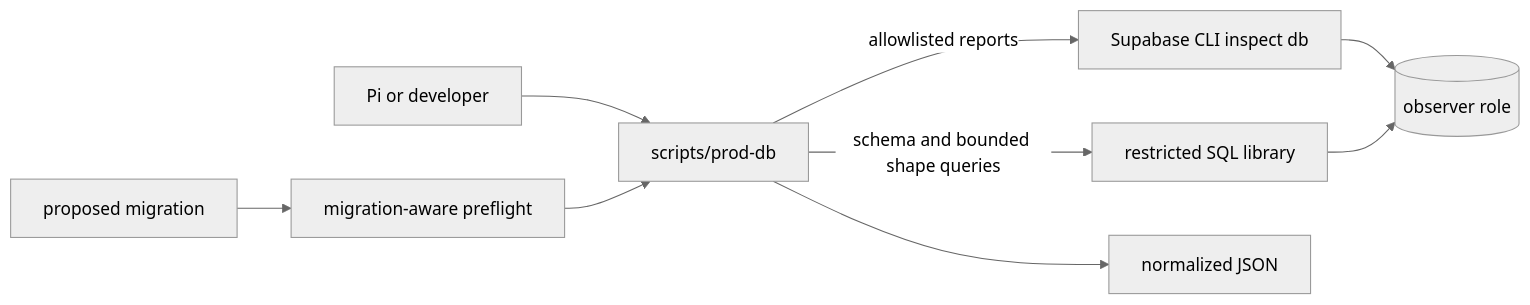
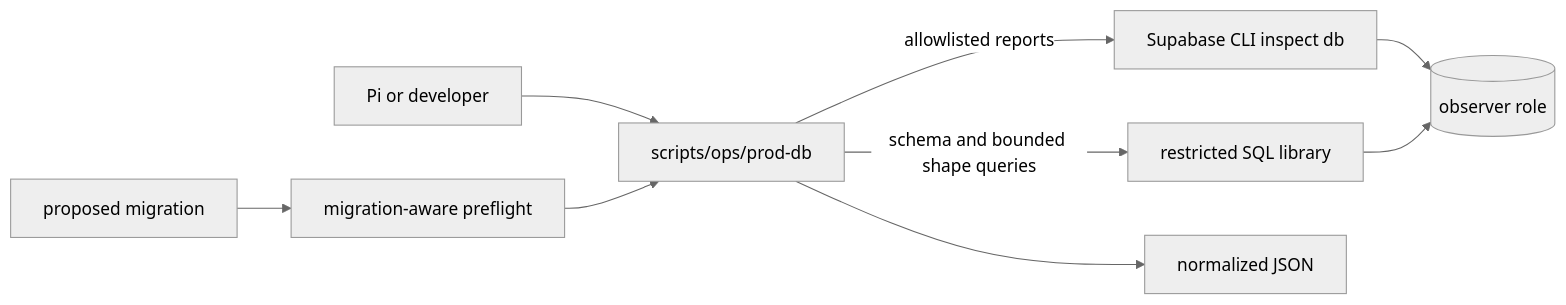
Before and after one commit to tarkovtracker-org/TarkovTracker: the eighth of 9 diagrams in docs/systems.md, drawn with Mermaid (neutral theme). The commit also changed other lines of this file and 117 other files, not shown here.

````diff
--- a/docs/systems.md
+++ b/docs/systems.md
@@ -1486,11 +1486,11 @@
 ```mermaid
 flowchart LR
-    Agent[Pi or developer] --> Observer[scripts/prod-db]
+    Agent[Pi or developer] --> Observer[scripts/ops/prod-db]
     Observer -->|allowlisted reports| CLI[Supabase CLI inspect db]
     Observer -->|schema and bounded shape queries| SQL[restricted SQL library]
     CLI --> DB[(observer role)]
     SQL --> DB
     Observer --> JSON[normalized JSON]
     Migration[proposed migration] --> Preflight[migration-aware preflight]
     Preflight --> Observer
 ```
````
